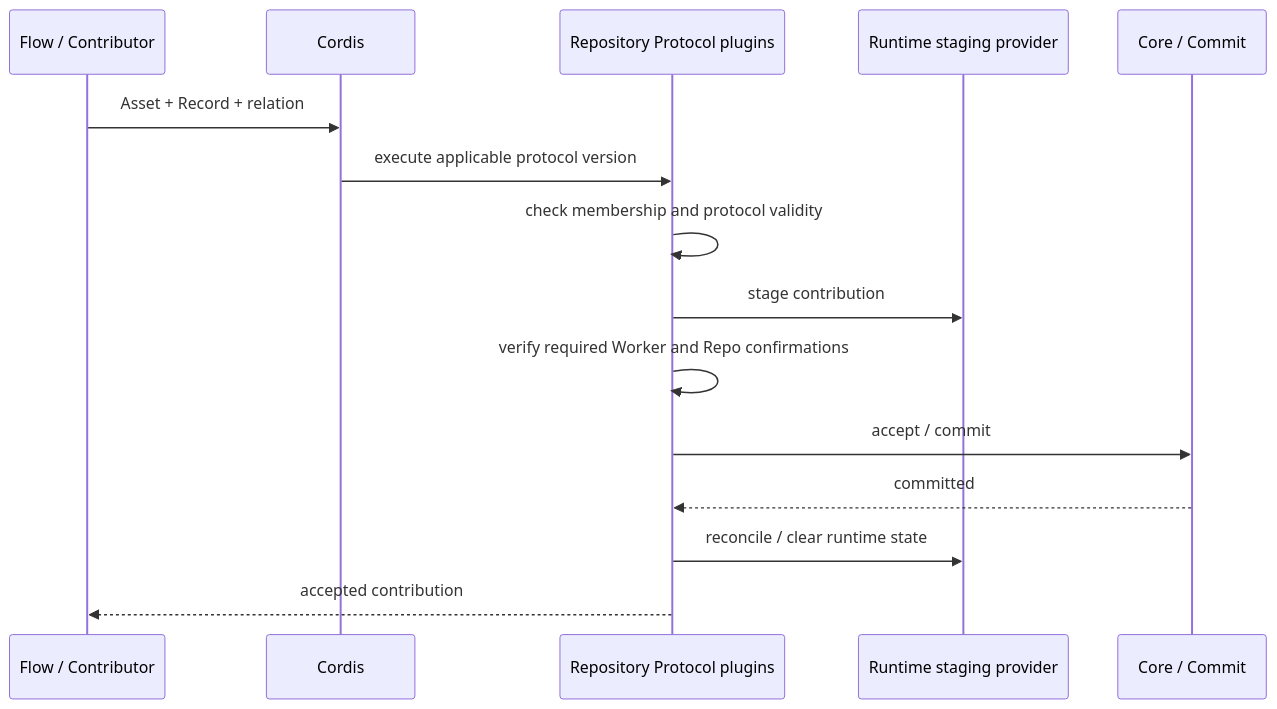
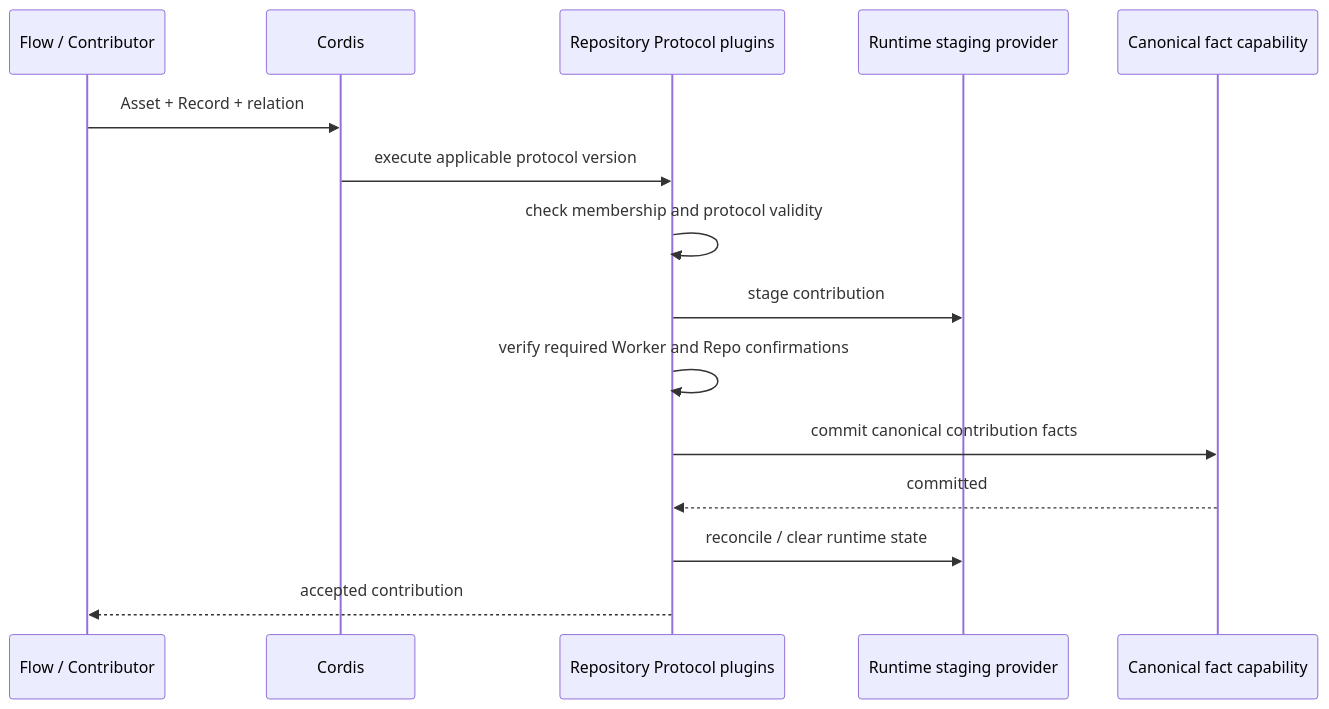
Before and after one commit to labourchain/repository: the fourth of 5 diagrams in docs/architecture.md, drawn with Mermaid. The commit also changed other lines of this file, not shown here.

Commit message:
docs: clarify canonical fact access boundary

````diff
--- a/docs/architecture.md
+++ b/docs/architecture.md
@@ -145,18 +210,18 @@
 ```mermaid
 sequenceDiagram
     participant Consumer as Flow / Contributor
     participant Cordis as Cordis
     participant Protocol as Repository Protocol plugins
     participant Stage as Runtime staging provider
-    participant Core as Core / Commit
+    participant Chain as Canonical fact capability
 
     Consumer->>Cordis: Asset + Record + relation
     Cordis->>Protocol: execute applicable protocol version
     Protocol->>Protocol: check membership and protocol validity
     Protocol->>Stage: stage contribution
     Protocol->>Protocol: verify required Worker and Repo confirmations
-    Protocol->>Core: accept / commit
-    Core-->>Protocol: committed
+    Protocol->>Chain: commit canonical contribution facts
+    Chain-->>Protocol: committed
     Protocol->>Stage: reconcile / clear runtime state
     Protocol-->>Consumer: accepted contribution
 ```
````
